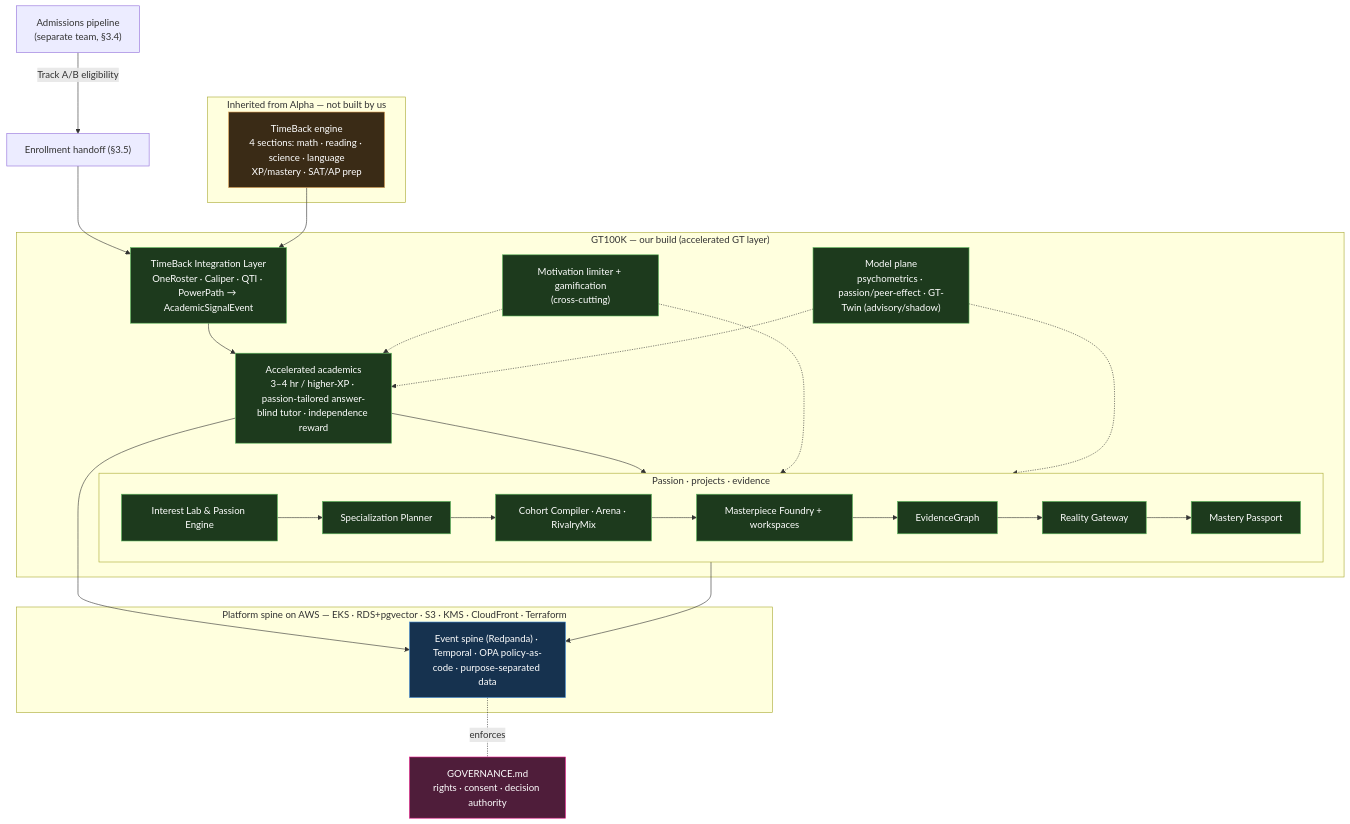
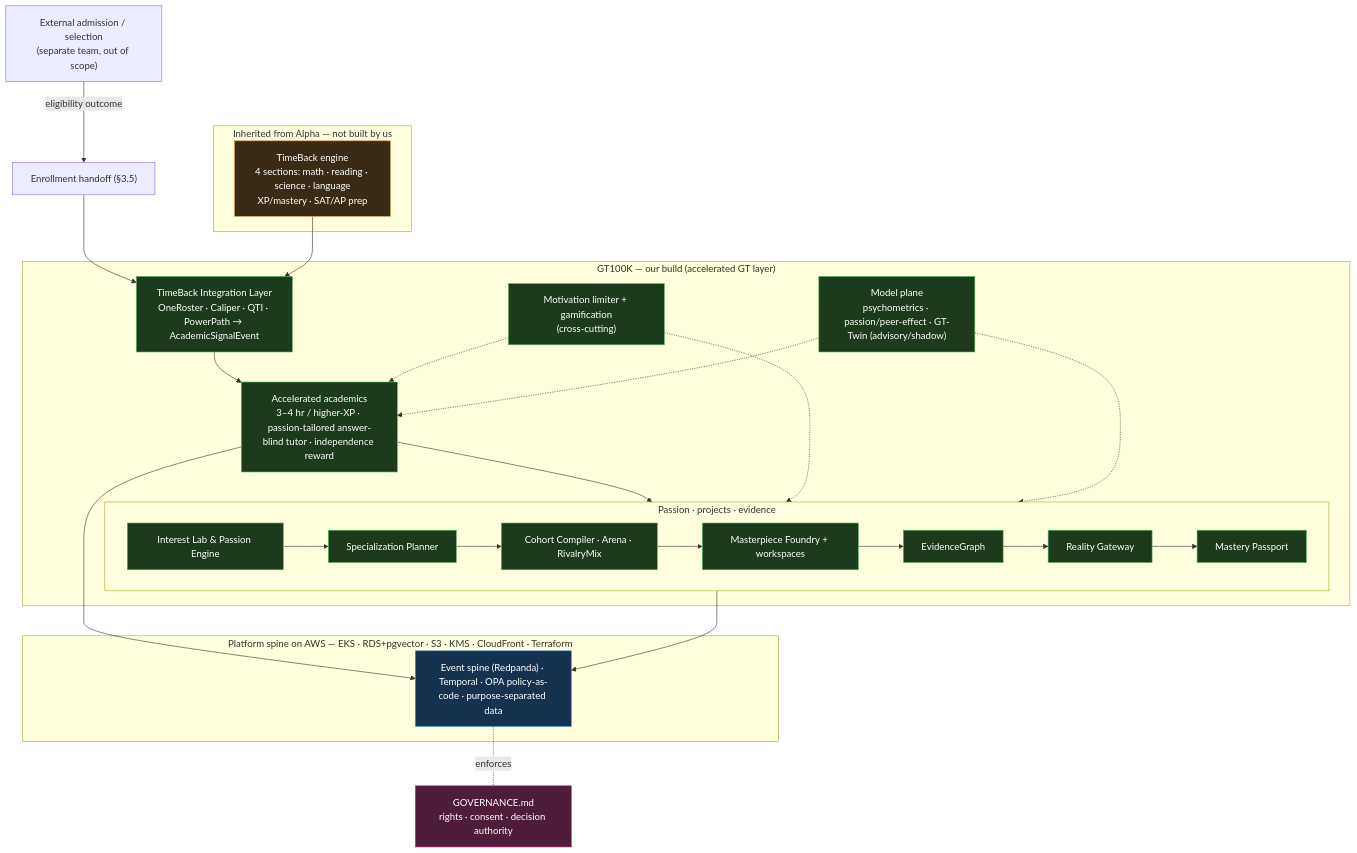
One commit to spinkicks/gt100k changed the first of 4 diagrams in docs/prd/PRD.md. Above: the diagram before and after it, drawn with Mermaid. The commit also changed other lines of this file and 9 other files, not shown here.

First line of the commit message:
chore: purge external admissions scope from platform docs

````diff
--- a/docs/prd/PRD.md
+++ b/docs/prd/PRD.md
@@ -356,45 +319,45 @@
 ```mermaid
 flowchart TB
-    ADM["Admissions pipeline<br/>(separate team, §3.4)"] -->|Track A/B eligibility| HO["Enrollment handoff (§3.5)"]
+    EXTADM["External admission / selection<br/>(separate team, out of scope)"] -->|eligibility outcome| HO["Enrollment handoff (§3.5)"]
 
     subgraph EXT["Inherited from Alpha — not built by us"]
         TB["TimeBack engine<br/>4 sections: math · reading · science · language<br/>XP/mastery · SAT/AP prep"]
     end
 
     subgraph GT["GT100K — our build (accelerated GT layer)"]
         IL["TimeBack Integration Layer<br/>OneRoster · Caliper · QTI · PowerPath → AcademicSignalEvent"]
         ACC["Accelerated academics<br/>3–4 hr / higher-XP · passion-tailored answer-blind tutor · independence reward"]
         subgraph AFT["Passion · projects · evidence"]
             LAB["Interest Lab & Passion Engine"] --> SP["Specialization Planner"] --> CO["Cohort Compiler · Arena · RivalryMix"] --> MF["Masterpiece Foundry + workspaces"] --> EG["EvidenceGraph"] --> RG["Reality Gateway"] --> PP["Mastery Passport"]
         end
         MOT["Motivation limiter + gamification<br/>(cross-cutting)"]
         MODEL["Model plane<br/>psychometrics · passion/peer-effect · GT-Twin (advisory/shadow)"]
     end
 
     subgraph AWS["Platform spine on AWS — EKS · RDS+pgvector · S3 · KMS · CloudFront · Terraform"]
         SPINE["Event spine (Redpanda) · Temporal · OPA policy-as-code · purpose-separated data"]
     end
 
     GOV["GOVERNANCE.md<br/>rights · consent · decision authority"]
 
     HO --> IL
     TB --> IL
     IL --> ACC
     ACC --> AFT
     MOT -.-> ACC
     MOT -.-> AFT
     MODEL -.-> ACC
     MODEL -.-> AFT
     ACC --> SPINE
     AFT --> SPINE
     SPINE -. enforces .- GOV
 
     classDef ext fill:#3a2b16,stroke:#e0a458,color:#fff;
     classDef gt fill:#1d3a1d,stroke:#5cb85c,color:#fff;
     classDef aws fill:#16324f,stroke:#4a90d9,color:#fff;
     classDef gov fill:#4f1d3a,stroke:#e91e8c,color:#fff;
     class TB ext;
     class IL,ACC,LAB,SP,CO,MF,EG,RG,PP,MOT,MODEL gt;
     class SPINE aws;
     class GOV gov;
 ```
````
